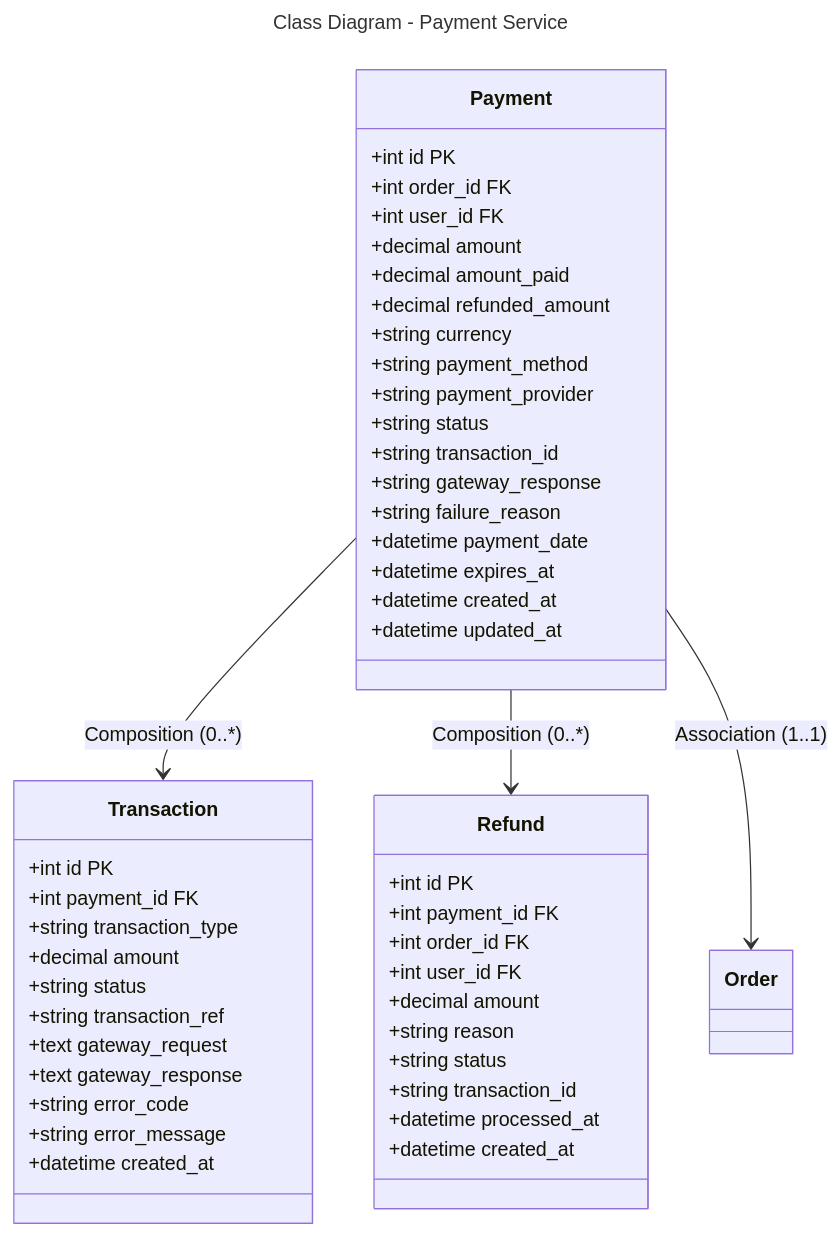
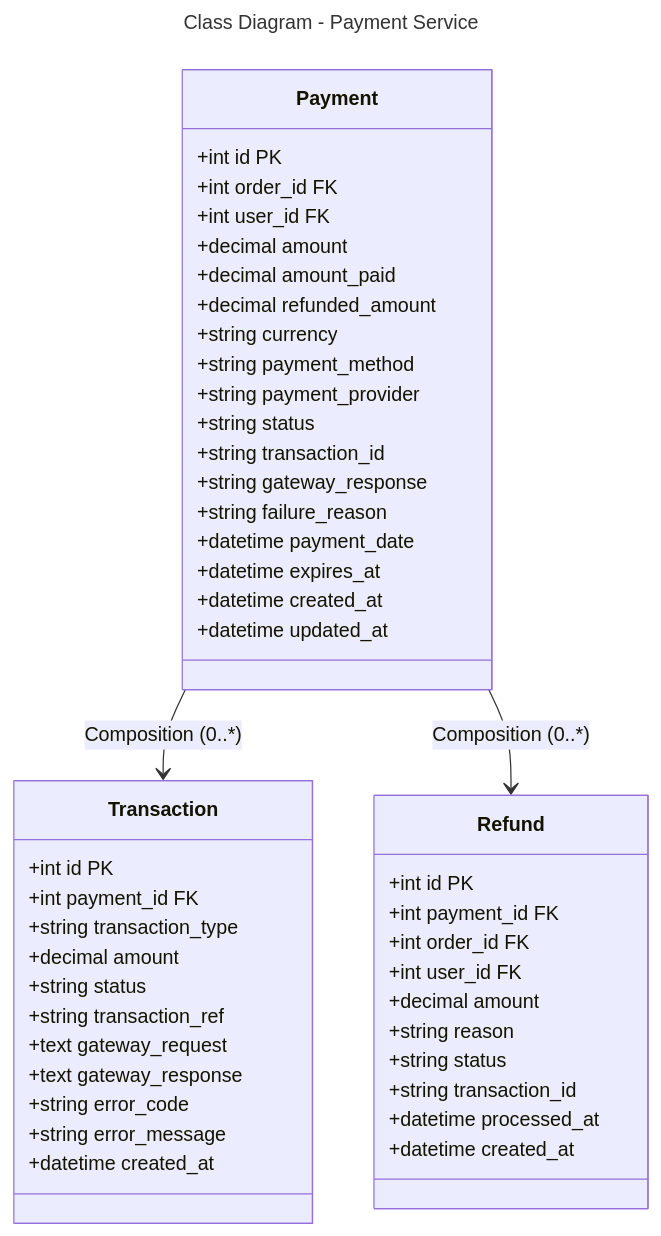
One commit to Trannaaanhh/ecom changed the diagram in docs/diagrams/class/payment-service.md. Above: the diagram before and after it, drawn with Mermaid. The commit also changed other lines of this file and 11 other files, not shown here.

````diff
--- a/docs/diagrams/class/payment-service.md
+++ b/docs/diagrams/class/payment-service.md
@@ -1,56 +1,55 @@
 ```mermaid
 ---
 title: Class Diagram - Payment Service
 ---
 classDiagram
     class Payment {
         +int id PK
         +int order_id FK
         +int user_id FK
         +decimal amount
         +decimal amount_paid
         +decimal refunded_amount
         +string currency
         +string payment_method
         +string payment_provider
         +string status
         +string transaction_id
         +string gateway_response
         +string failure_reason
         +datetime payment_date
         +datetime expires_at
         +datetime created_at
         +datetime updated_at
     }
     
     class Transaction {
         +int id PK
         +int payment_id FK
         +string transaction_type
         +decimal amount
         +string status
         +string transaction_ref
         +text gateway_request
         +text gateway_response
         +string error_code
         +string error_message
         +datetime created_at
     }
     
     class Refund {
         +int id PK
         +int payment_id FK
         +int order_id FK
         +int user_id FK
         +decimal amount
         +string reason
         +string status
         +string transaction_id
         +datetime processed_at
         +datetime created_at
     }
     
     Payment --> Transaction : Composition (0..*)
     Payment --> Refund : Composition (0..*)
-    Payment --> Order : Association (1..1)
 ```
````
